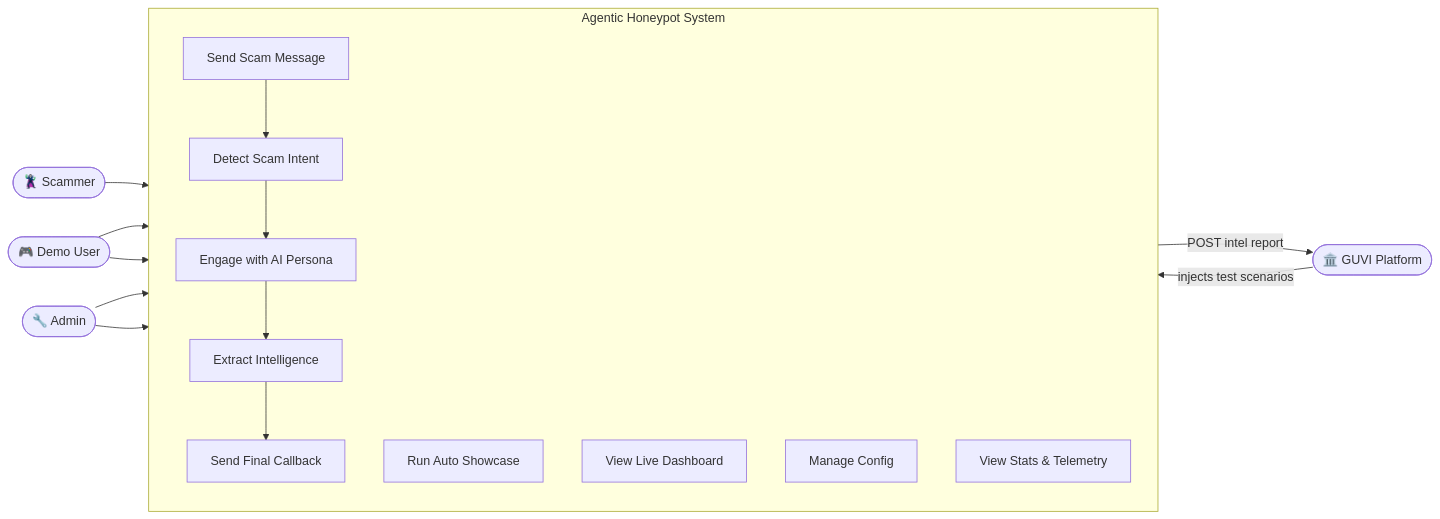
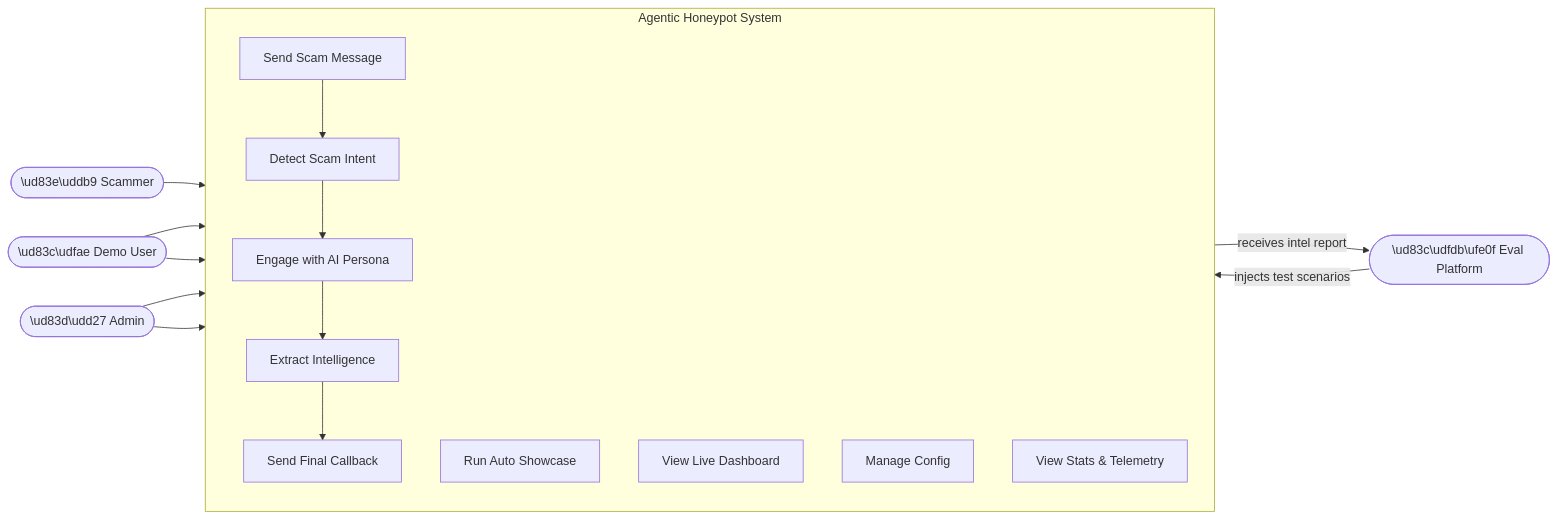
The diagram in docs/diagrams/01_use_case_diagram.md (rohzhegde26/agentic-honeypot-submission), drawn with Mermaid before and after one commit. The commit also changed 2 other files, not shown here.

Commit message:
docs: remove all GUVI references, replace with Eval Platform

````diff
--- a/docs/diagrams/01_use_case_diagram.md
+++ b/docs/diagrams/01_use_case_diagram.md
@@ -3,39 +3,39 @@
 ```mermaid
 flowchart LR
     %% Actors
-    SC(["🦹 Scammer"])
-    EV(["🏛️ GUVI Platform"])
-    AD(["🔧 Admin"])
-    DU(["🎮 Demo User"])
+    SC(["\ud83e\uddb9 Scammer"])
+    EV(["\ud83c\udfdb\ufe0f Eval Platform"])
+    AD(["\ud83d\udd27 Admin"])
+    DU(["\ud83c\udfae Demo User"])
 
     subgraph SYS ["  Agentic Honeypot System  "]
         direction TB
         UC1["Send Scam Message"]
         UC2["Detect Scam Intent"]
         UC3["Engage with AI Persona"]
         UC4["Extract Intelligence"]
         UC5["Send Final Callback"]
 
         UC6["Run Auto Showcase"]
         UC7["View Live Dashboard"]
 
         UC8["Manage Config"]
         UC9["View Stats & Telemetry"]
     end
 
     %% Scammer
     SC --> UC1
     UC1 --> UC2 --> UC3 --> UC4 --> UC5
 
-    %% GUVI Platform
+    %% Eval Platform
     EV -->|injects test scenarios| UC1
-    UC5 -->|POST intel report| EV
+    UC5 -->|receives intel report| EV
 
     %% Demo User
     DU --> UC6
     DU --> UC7
 
     %% Admin
     AD --> UC8
     AD --> UC9
 ```
````
